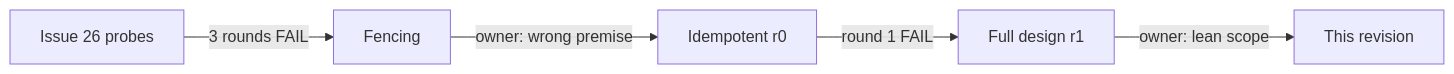
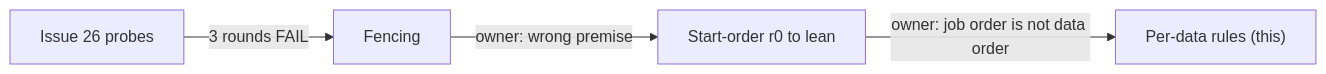
The fifth of 5 diagrams in docs/central-idempotent-jobs.md (mcurcio/photo-wall), drawn with Mermaid before and after one commit. The commit also changed other lines of this file and 11 other files, not shown here.

First line of the commit message:
docs(design): #26 rewritten as per-data-type idempotency; no job ordering

````diff
--- a/docs/central-idempotent-jobs.md
+++ b/docs/central-idempotent-jobs.md
@@ -227,7 +285,6 @@
 ```mermaid
 graph LR
   P["Issue 26 probes"] -- "3 rounds FAIL" --> F["Fencing"]
-  F -- "owner: wrong premise" --> R0["Idempotent r0"]
-  R0 -- "round 1 FAIL" --> R1["Full design r1"]
-  R1 -- "owner: lean scope" --> L["This revision"]
+  F -- "owner: wrong premise" --> S["Start-order r0 to lean"]
+  S -- "owner: job order is not data order" --> D["Per-data rules (this)"]
 ```
````
